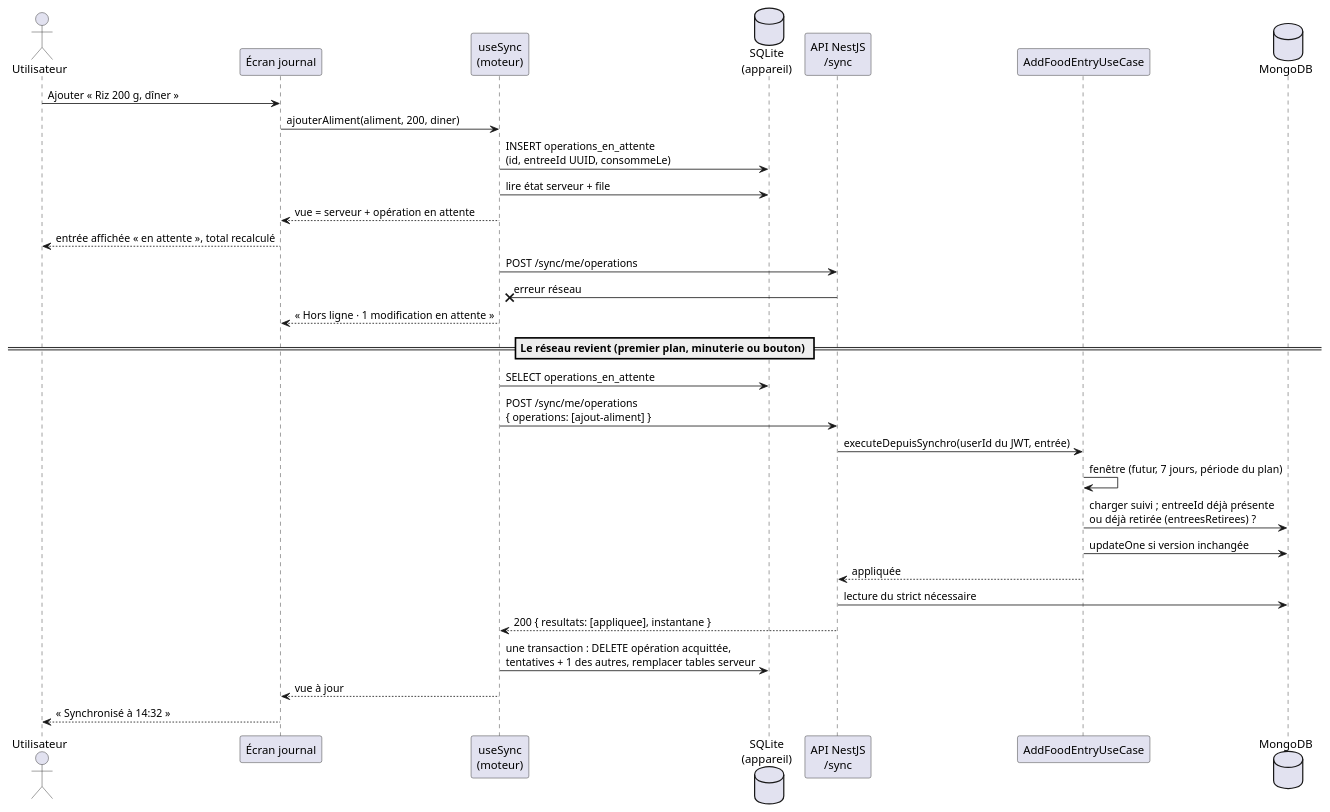
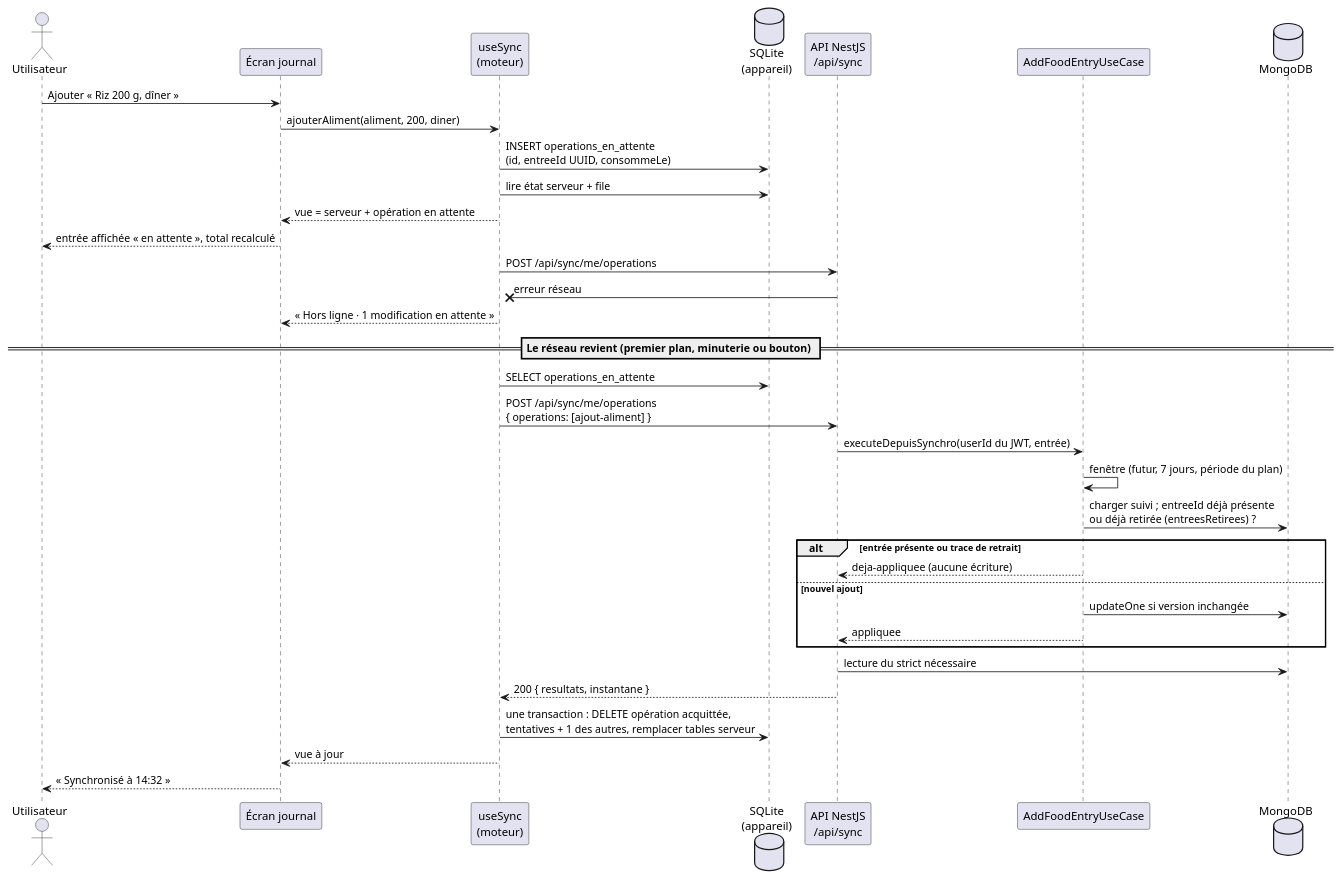
Before and after one commit to hachwilliam89-spec/Equilibre-HACH-Kim: the second of 4 diagrams in docs/synchronisation.md, drawn with PlantUML. The commit also changed other lines of this file and 12 other files, not shown here.

Commit message:
docs(sync): aligne les diagrammes et les preuves de recette (FR403-767)

````diff
--- a/docs/synchronisation.md
+++ b/docs/synchronisation.md
@@ -181,36 +182,40 @@
 ```plantuml
 @startuml
 actor Utilisateur
 participant "Écran journal" as UI
 participant "useSync\n(moteur)" as Sync
 database "SQLite\n(appareil)" as DB
-participant "API NestJS\n/sync" as API
+participant "API NestJS\n/api/sync" as API
 participant "AddFoodEntryUseCase" as UC
 database MongoDB
 
 Utilisateur -> UI : Ajouter « Riz 200 g, dîner »
 UI -> Sync : ajouterAliment(aliment, 200, diner)
 Sync -> DB : INSERT operations_en_attente\n(id, entreeId UUID, consommeLe)
 Sync -> DB : lire état serveur + file
 Sync --> UI : vue = serveur + opération en attente
 UI --> Utilisateur : entrée affichée « en attente », total recalculé
-Sync -> API : POST /sync/me/operations
+Sync -> API : POST /api/sync/me/operations
 API -x Sync : erreur réseau
 Sync --> UI : « Hors ligne · 1 modification en attente »
 
 == Le réseau revient (premier plan, minuterie ou bouton) ==
 
 Sync -> DB : SELECT operations_en_attente
-Sync -> API : POST /sync/me/operations\n{ operations: [ajout-aliment] }
+Sync -> API : POST /api/sync/me/operations\n{ operations: [ajout-aliment] }
 API -> UC : executeDepuisSynchro(userId du JWT, entrée)
 UC -> UC : fenêtre (futur, 7 jours, période du plan)
 UC -> MongoDB : charger suivi ; entreeId déjà présente\nou déjà retirée (entreesRetirees) ?
-UC -> MongoDB : updateOne si version inchangée
-UC --> API : appliquée
+alt entrée présente ou trace de retrait
+  UC --> API : deja-appliquee (aucune écriture)
+else nouvel ajout
+  UC -> MongoDB : updateOne si version inchangée
+  UC --> API : appliquee
+end
 API -> MongoDB : lecture du strict nécessaire
-API --> Sync : 200 { resultats: [appliquee], instantane }
+API --> Sync : 200 { resultats, instantane }
 Sync -> DB : une transaction : DELETE opération acquittée,\ntentatives + 1 des autres, remplacer tables serveur
 Sync --> UI : vue à jour
 UI --> Utilisateur : « Synchronisé à 14:32 »
 @enduml
 ```
````
